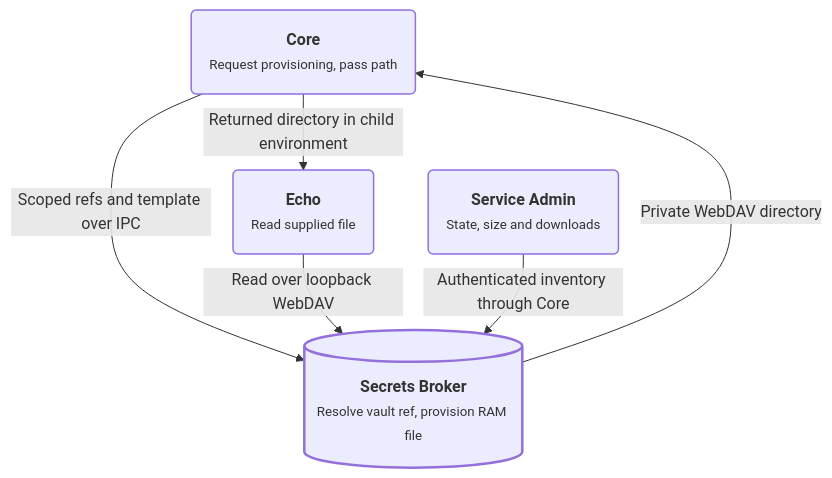
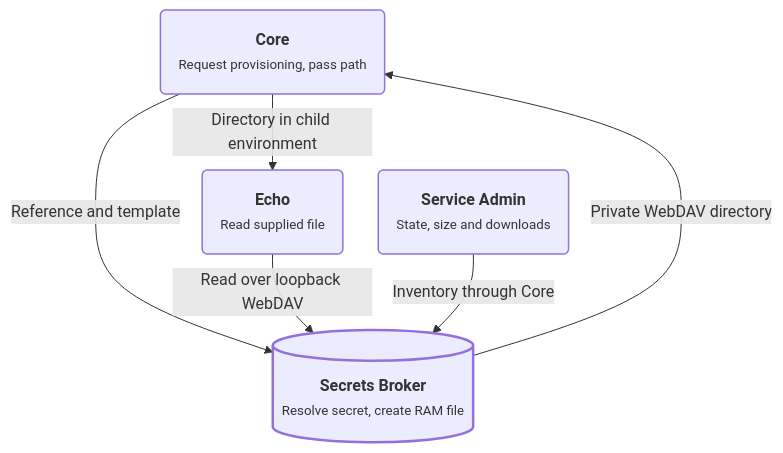
Before and after one commit to service-lasso/service-lasso: the diagram in docs/getting-started/advanced-provision-service-secrets-securely.md, drawn with Mermaid. The commit also changed other lines of this file and 7 other files, not shown here.

````diff
--- a/docs/getting-started/advanced-provision-service-secrets-securely.md
+++ b/docs/getting-started/advanced-provision-service-secrets-securely.md
@@ -21,20 +39,20 @@
 ```mermaid
 %%{init: {"flowchart": {"nodeSpacing": 24, "rankSpacing": 28, "padding": 18, "subGraphTitleMargin": {"top": 10, "bottom": 20}}, "themeVariables": {"fontFamily": "system-ui, sans-serif"}}}%%
 flowchart TB
   accTitle: Broker provisions a secret file and returns its path
-  accDescr: Core sends scoped refs and a secret-free template. Broker resolves internally and returns the WebDAV directory. Echo receives it and reads the file. Admin shows metadata.
+  accDescr: Core sends the secret reference and a secret-free template. Broker resolves the value internally and returns a private WebDAV directory. Echo receives the directory and reads the file. Admin shows file metadata.
   core("<b>Core</b><br/><small>Request provisioning, pass path</small>")
-  broker[("<b>Secrets Broker</b><br/><small>Resolve vault ref, provision RAM file</small>")]
+  broker[("<b>Secrets Broker</b><br/><small>Resolve secret, create RAM file</small>")]
   echo("<b>Echo</b><br/><small>Read supplied file</small>")
   admin("<b>Service Admin</b><br/><small>State, size and downloads</small>")
-  core -->|Scoped refs and template over IPC| broker
+  core -->|Reference and template| broker
   broker -->|Private WebDAV directory| core
-  core -->|Returned directory in child environment| echo
+  core -->|Directory in child environment| echo
   echo -->|Read over loopback WebDAV| broker
-  admin -->|Authenticated inventory through Core| broker
+  admin -->|Inventory through Core| broker
   classDef service stroke-width:1.5px
   classDef added stroke-width:2.5px
   classDef optional stroke-dasharray:5 4
   class core,echo,admin service
   class broker added
 ```
````
